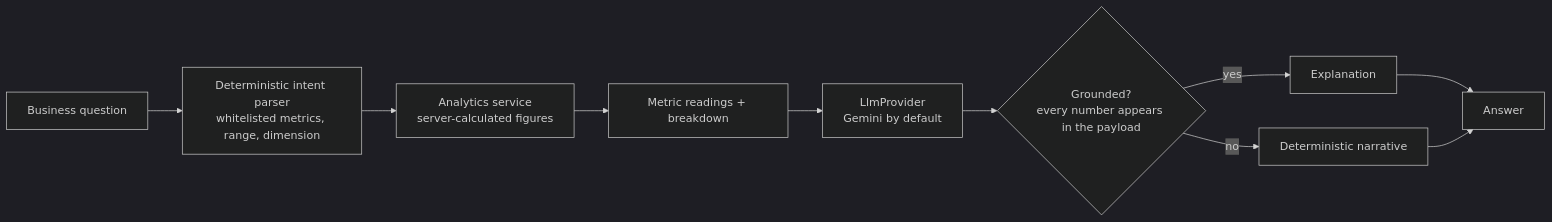
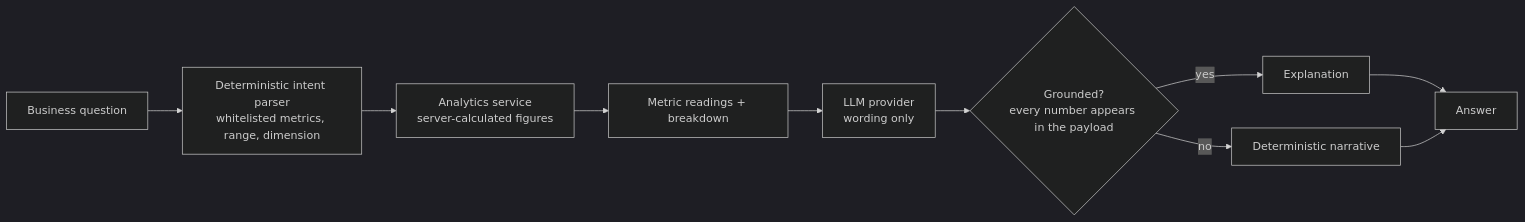
The first of 2 diagrams in README.md (bhaktaji/operonix), drawn with Mermaid (dark theme) before and after one commit. The commit also changed other lines of this file and 5 other files, not shown here.

````diff
--- a/README.md
+++ b/README.md
@@ -121,12 +98,12 @@
 ```mermaid
 flowchart LR
     Q[Business question] --> I[Deterministic intent parser<br/>whitelisted metrics, range, dimension]
     I --> A[Analytics service<br/>server-calculated figures]
     A --> M[Metric readings + breakdown]
-    M --> P[LlmProvider<br/>Gemini by default]
+    M --> P[LLM provider<br/>wording only]
     P --> G{Grounded?<br/>every number appears in the payload}
     G -- yes --> N[Explanation]
     G -- no --> D[Deterministic narrative]
     N --> R[Answer]
     D --> R
 ```
````
